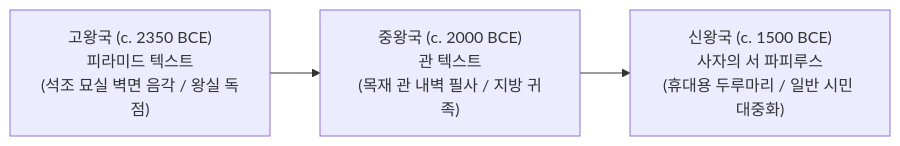
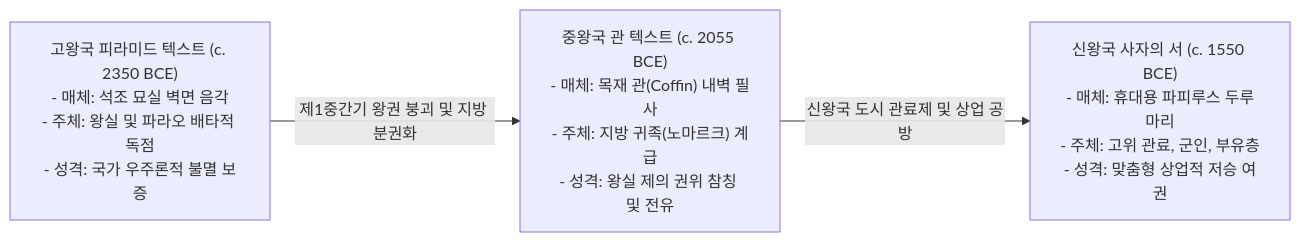
One commit to YgHnSIM/after-the-ledger changed the second of 2 diagrams in docs/essays/03-왕의-무덤에서-문자는-무엇을-하는가.md. Above: the diagram before and after it, drawn with Mermaid. The commit also changed other lines of this file and 2 other files, not shown here.

````diff
--- a/docs/essays/03-왕의-무덤에서-문자는-무엇을-하는가.md
+++ b/docs/essays/03-왕의-무덤에서-문자는-무엇을-하는가.md
@@ -65,5 +132,6 @@
 ```mermaid
 flowchart LR
-    M1["고왕국 (c. 2350 BCE)\n피라미드 텍스트\n(석조 묘실 벽면 음각 / 왕실 독점)"] --> M2["중왕국 (c. 2000 BCE)\n관 텍스트\n(목재 관 내벽 필사 / 지방 귀족)"]
-    M2 --> M3["신왕국 (c. 1500 BCE)\n사자의 서 파피루스\n(휴대용 두루마리 / 일반 시민 대중화)"]
+    PT["고왕국 피라미드 텍스트 (c. 2350 BCE)\n- 매체: 석조 묘실 벽면 음각\n- 주체: 왕실 및 파라오 배타적 독점\n- 성격: 국가 우주론적 불멸 보증"] 
+    -->|제1중간기 왕권 붕괴 및 지방 분권화| CT["중왕국 관 텍스트 (c. 2055 BCE)\n- 매체: 목재 관(Coffin) 내벽 필사\n- 주체: 지방 귀족(노마르크) 계급\n- 성격: 왕실 제의 권위 참칭 및 전유"]
+    -->|신왕국 도시 관료제 및 상업 공방| BD["신왕국 사자의 서 (c. 1550 BCE)\n- 매체: 휴대용 파피루스 두루마리\n- 주체: 고위 관료, 군인, 부유층\n- 성격: 맞춤형 상업적 저승 여권"]
 ```
````
